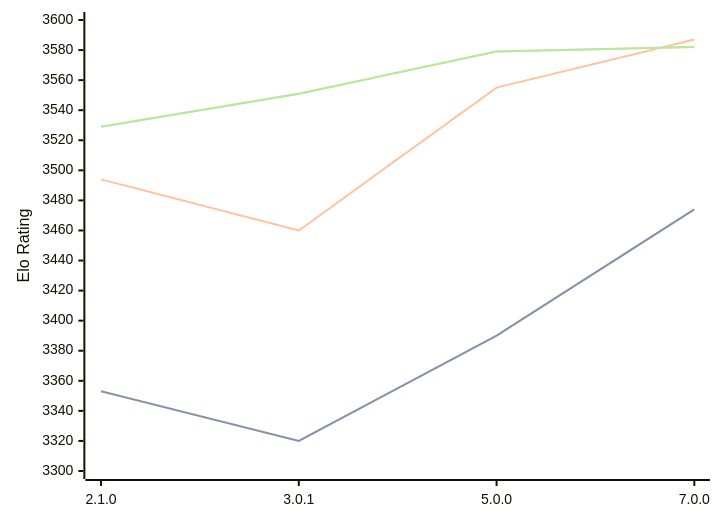
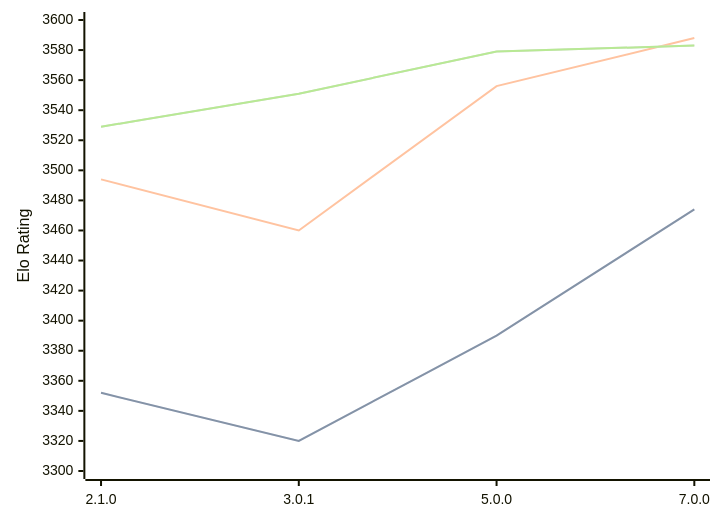
One commit to computer-chess-index/cci changed the diagram in engines/PlentyChess.md. Above: the diagram before and after it, drawn with Mermaid. The commit also changed other lines of this file, not shown here.

Commit message:
Update CCI Ratings (ELO VLTC) - 2026-04-07

````diff
--- a/engines/PlentyChess.md
+++ b/engines/PlentyChess.md
@@ -45,11 +45,11 @@
 ```mermaid
 %%{init: {"theme":"base","themeVariables":{"seriesColors:['#a3a3a3','#222221','#faa371']}}}%%
 xychart-beta
   x-axis ["2.1.0", "3.0.1", "5.0.0", "7.0.0"]
   y-axis "Elo Rating" 3300 --> 3600
-  line "STC (8.0+0.08s)" [3353, 3320, 3390, 3474]
-  line "STC (8.0+0.08s)" [3353, 3320, 3390, 3474]
-  line "LTC (60.0+0.60s)" [3494, 3460, 3555, 3587]
-  line "VLTC (2m24s+1.12s)" [3529, 3551, 3579, 3582]
-  line "VLTC (2m24s+1.12s)" [3529, 3551, 3579, 3582]
+  line "STC (8.0+0.08s)" [3352, 3320, 3390, 3474]
+  line "STC (8.0+0.08s)" [3352, 3320, 3390, 3474]
+  line "LTC (60.0+0.60s)" [3494, 3460, 3556, 3588]
+  line "VLTC (2m24s+1.12s)" [3529, 3551, 3579, 3583]
+  line "VLTC (2m24s+1.12s)" [3529, 3551, 3579, 3583]
 ```
````
